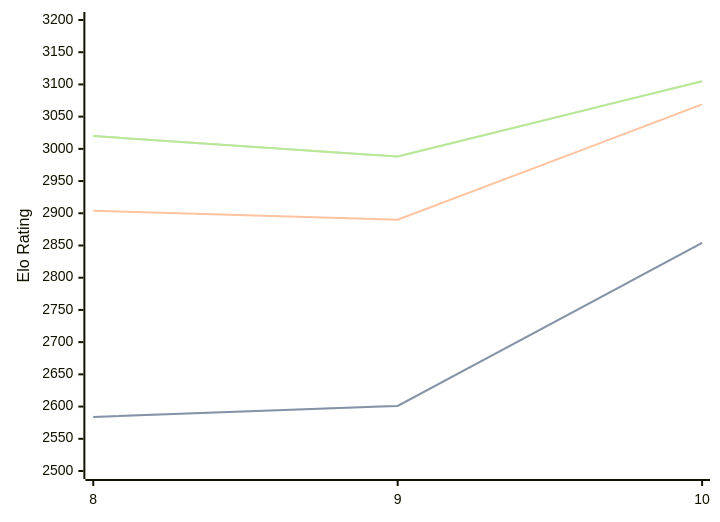
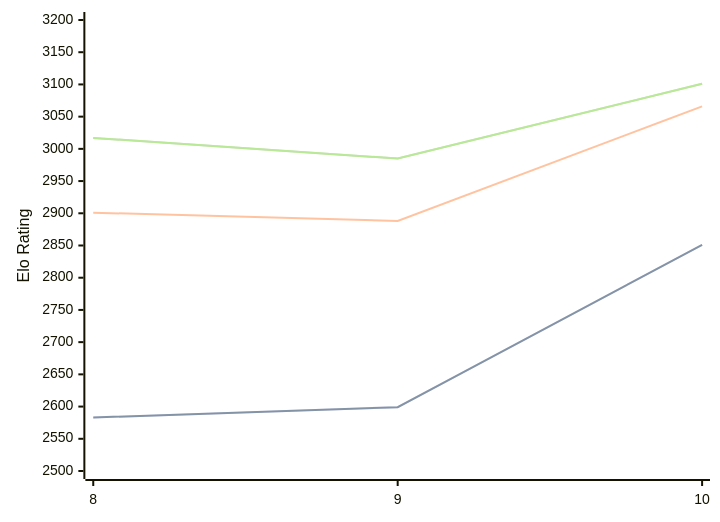
One commit to computer-chess-index/cci changed the diagram in engines/Lozza.md. Above: the diagram before and after it, drawn with Mermaid. The commit also changed other lines of this file, not shown here.

Commit message:
Update CCI Ratings (ELO VLTC) - 2026-06-08

````diff
--- a/engines/Lozza.md
+++ b/engines/Lozza.md
@@ -41,11 +41,11 @@
 ```mermaid
 %%{init: {"theme":"base","themeVariables":{"seriesColors:['#a3a3a3','#222221','#faa371']}}}%%
 xychart-beta
   x-axis ["8", "9", "10"]
   y-axis "Elo Rating" 2500 --> 3200
-  line "STC (8.0+0.08s)" [2584, 2601, 2854]
-  line "STC (8.0+0.08s)" [2584, 2601, 2854]
-  line "LTC (60.0+0.60s)" [2904, 2890, 3069]
-  line "VLTC (2m24s+1.12s)" [3020, 2988, 3105]
-  line "VLTC (2m24s+1.12s)" [3020, 2988, 3105]
+  line "STC (8.0+0.08s)" [2583, 2599, 2851]
+  line "STC (8.0+0.08s)" [2583, 2599, 2851]
+  line "LTC (60.0+0.60s)" [2901, 2888, 3066]
+  line "VLTC (2m24s+1.12s)" [3017, 2985, 3101]
+  line "VLTC (2m24s+1.12s)" [3017, 2985, 3101]
 ```
````
